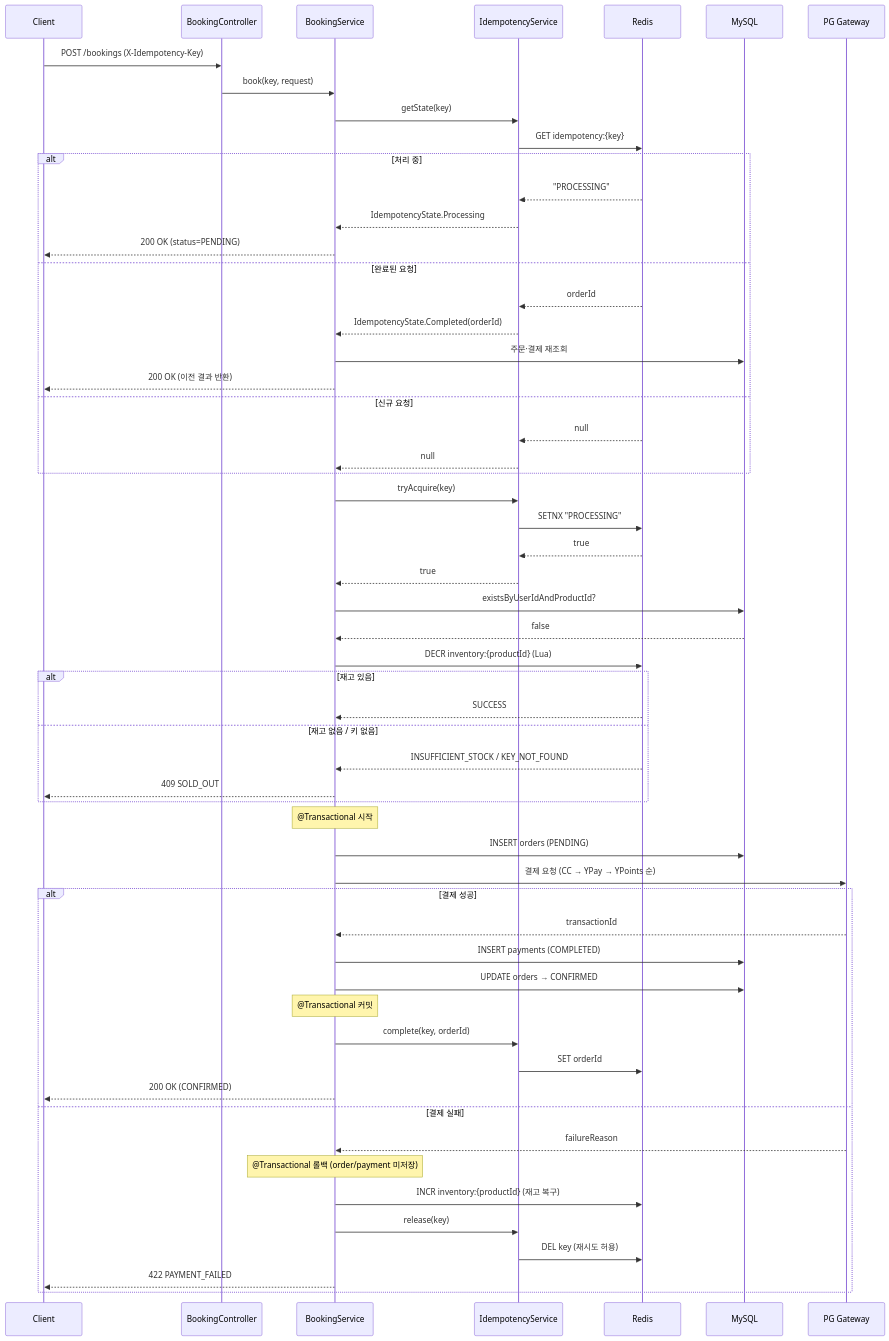
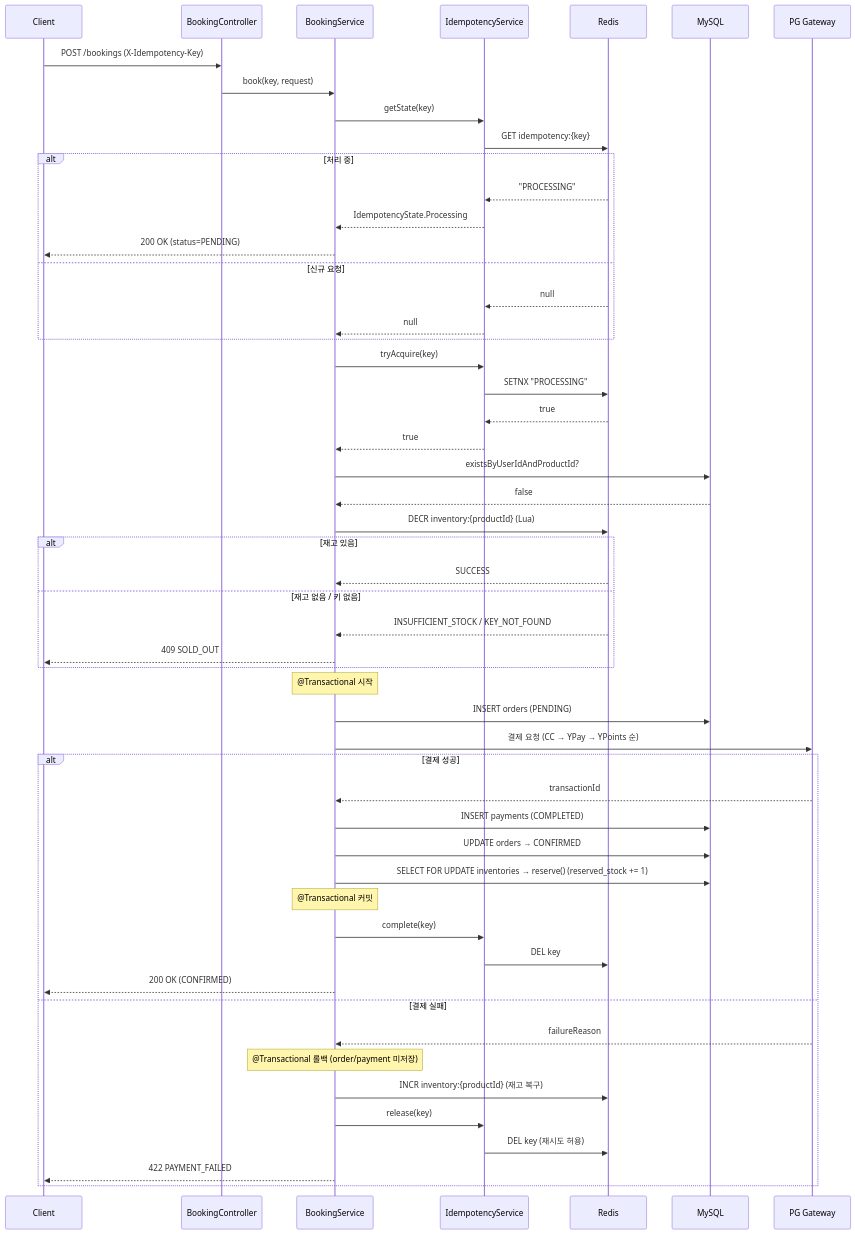
Before and after one commit to arsgsg1/mybooking: the first of 3 diagrams in README.md, drawn with Mermaid. The commit also changed other lines of this file and 2 other files, not shown here.

````diff
--- a/README.md
+++ b/README.md
@@ -164,66 +164,62 @@
 ```mermaid
 sequenceDiagram
     participant C as Client
     participant BC as BookingController
     participant BS as BookingService
     participant IS as IdempotencyService
     participant Redis
     participant DB as MySQL
     participant PG as PG Gateway
 
     C->>BC: POST /bookings (X-Idempotency-Key)
     BC->>BS: book(key, request)
 
     BS->>IS: getState(key)
     IS->>Redis: GET idempotency:{key}
 
     alt 처리 중
         Redis-->>IS: "PROCESSING"
         IS-->>BS: IdempotencyState.Processing
         BS-->>C: 200 OK (status=PENDING)
-    else 완료된 요청
-        Redis-->>IS: orderId
-        IS-->>BS: IdempotencyState.Completed(orderId)
-        BS->>DB: 주문·결제 재조회
-        BS-->>C: 200 OK (이전 결과 반환)
     else 신규 요청
         Redis-->>IS: null
         IS-->>BS: null
     end
 
     BS->>IS: tryAcquire(key)
     IS->>Redis: SETNX "PROCESSING"
     Redis-->>IS: true
     IS-->>BS: true
 
     BS->>DB: existsByUserIdAndProductId?
     DB-->>BS: false
 
     BS->>Redis: DECR inventory:{productId} (Lua)
     alt 재고 있음
         Redis-->>BS: SUCCESS
     else 재고 없음 / 키 없음
         Redis-->>BS: INSUFFICIENT_STOCK / KEY_NOT_FOUND
         BS-->>C: 409 SOLD_OUT
     end
 
     Note over BS: @Transactional 시작
     BS->>DB: INSERT orders (PENDING)
     BS->>PG: 결제 요청 (CC → YPay → YPoints 순)
     alt 결제 성공
         PG-->>BS: transactionId
         BS->>DB: INSERT payments (COMPLETED)
         BS->>DB: UPDATE orders → CONFIRMED
+        BS->>DB: SELECT FOR UPDATE inventories → reserve() (reserved_stock += 1)
         Note over BS: @Transactional 커밋
-        BS->>IS: complete(key, orderId)
-        IS->>Redis: SET orderId
+        BS->>IS: complete(key)
+        IS->>Redis: DEL key
         BS-->>C: 200 OK (CONFIRMED)
     else 결제 실패
         PG-->>BS: failureReason
         Note over BS: @Transactional 롤백 (order/payment 미저장)
         BS->>Redis: INCR inventory:{productId} (재고 복구)
         BS->>IS: release(key)
         IS->>Redis: DEL key (재시도 허용)
         BS-->>C: 422 PAYMENT_FAILED
     end
 ```
````
